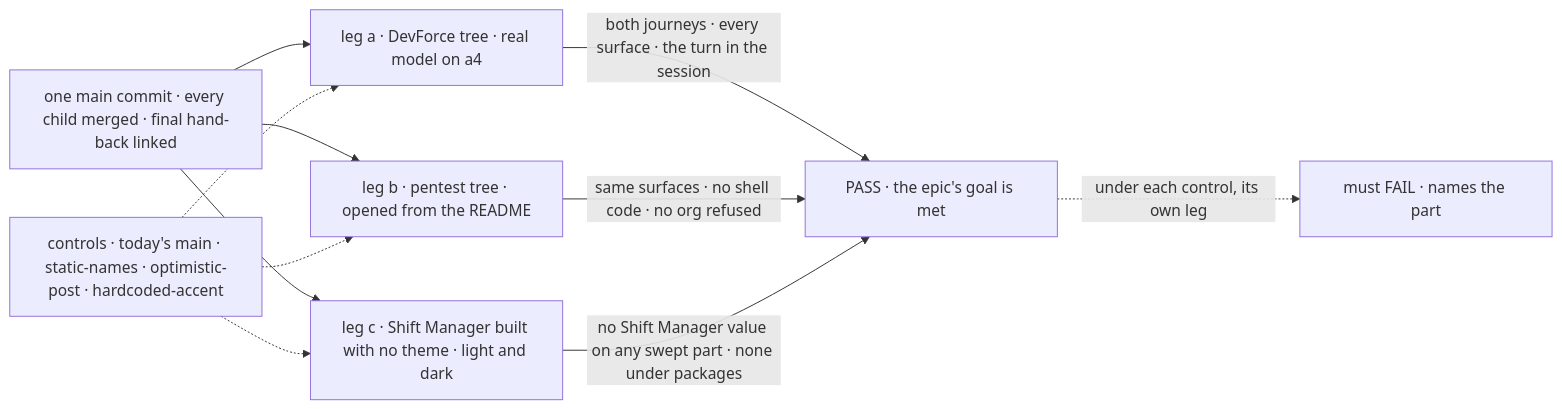
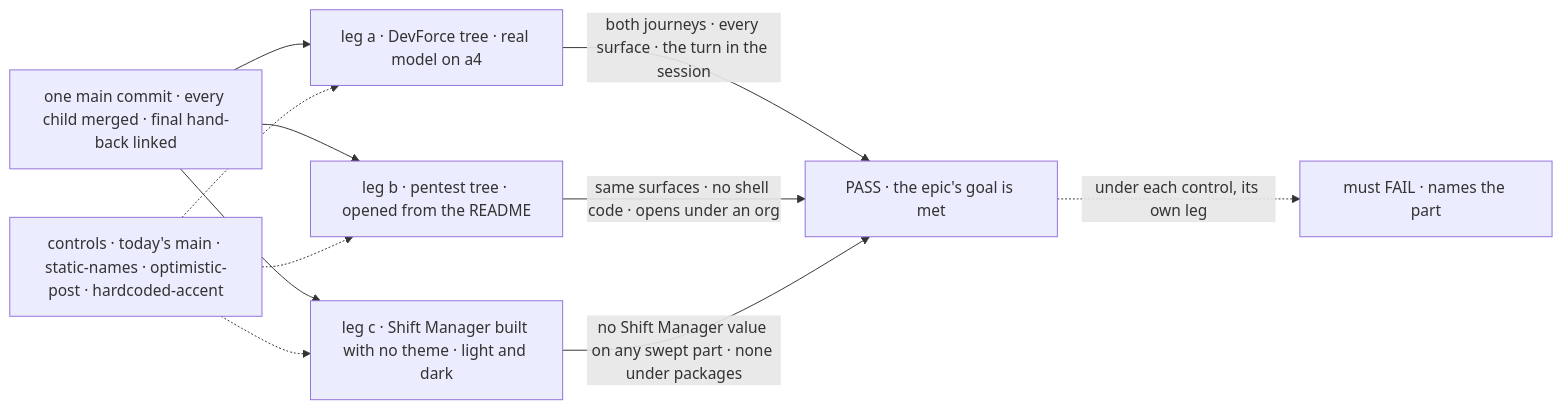
Before and after one commit to fixpoint-labs/flow-state-dev: the diagram in specs/issues/FIX-1663/SPEC.md, drawn with Mermaid. The commit also changed other lines of this file and 5 other files, not shown here.

````diff
--- a/specs/issues/FIX-1663/SPEC.md
+++ b/specs/issues/FIX-1663/SPEC.md
@@ -37,13 +37,13 @@
 ```mermaid
 flowchart LR
   M["one main commit · every child merged · final hand-back linked"] --> A["leg a · DevForce tree · real model on a4"]
   M --> B["leg b · pentest tree · opened from the README"]
   M --> C["leg c · Shift Manager built with no theme · light and dark"]
   A -->|"both journeys · every surface · the turn in the session"| P["PASS · the epic's goal is met"]
-  B -->|"same surfaces · no shell code · no org refused"| P
+  B -->|"same surfaces · no shell code · opens under an org"| P
   C -->|"no Shift Manager value on any swept part · none under packages"| P
   X["controls · today's main · static-names · optimistic-post · hardcoded-accent"] -.-> A
   X -.-> B
   X -.-> C
   P -.->|"under each control, its own leg"| F["must FAIL · names the part"]
 ```
````
